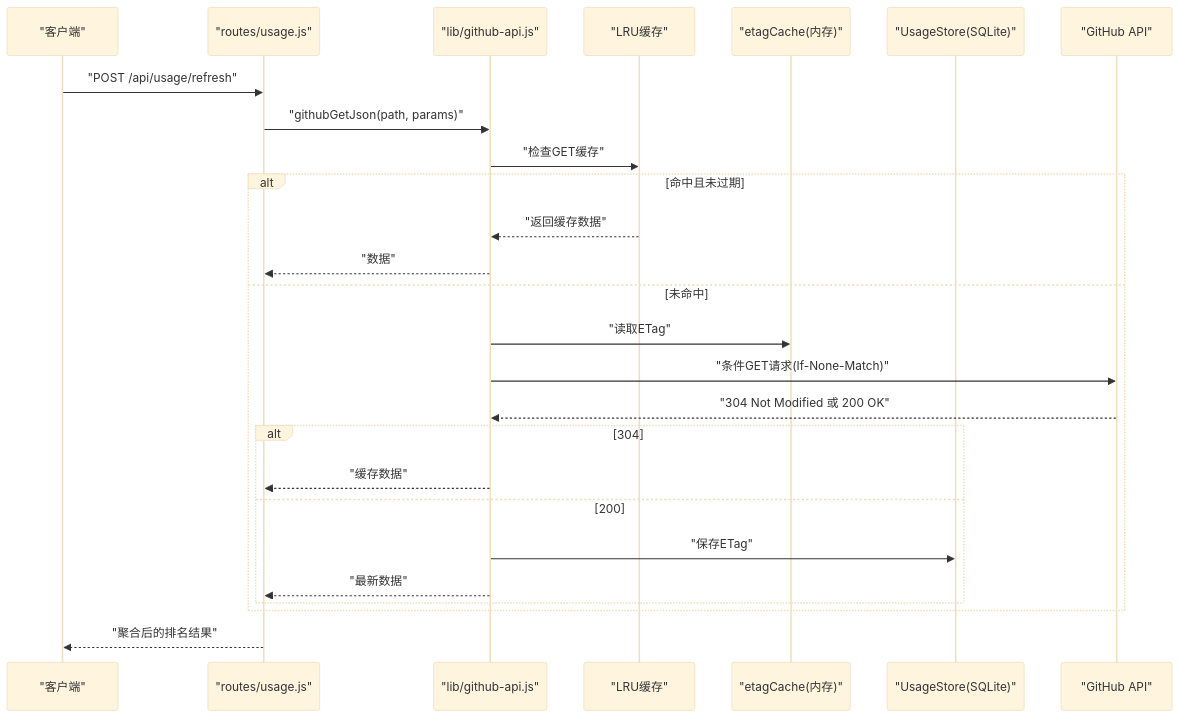
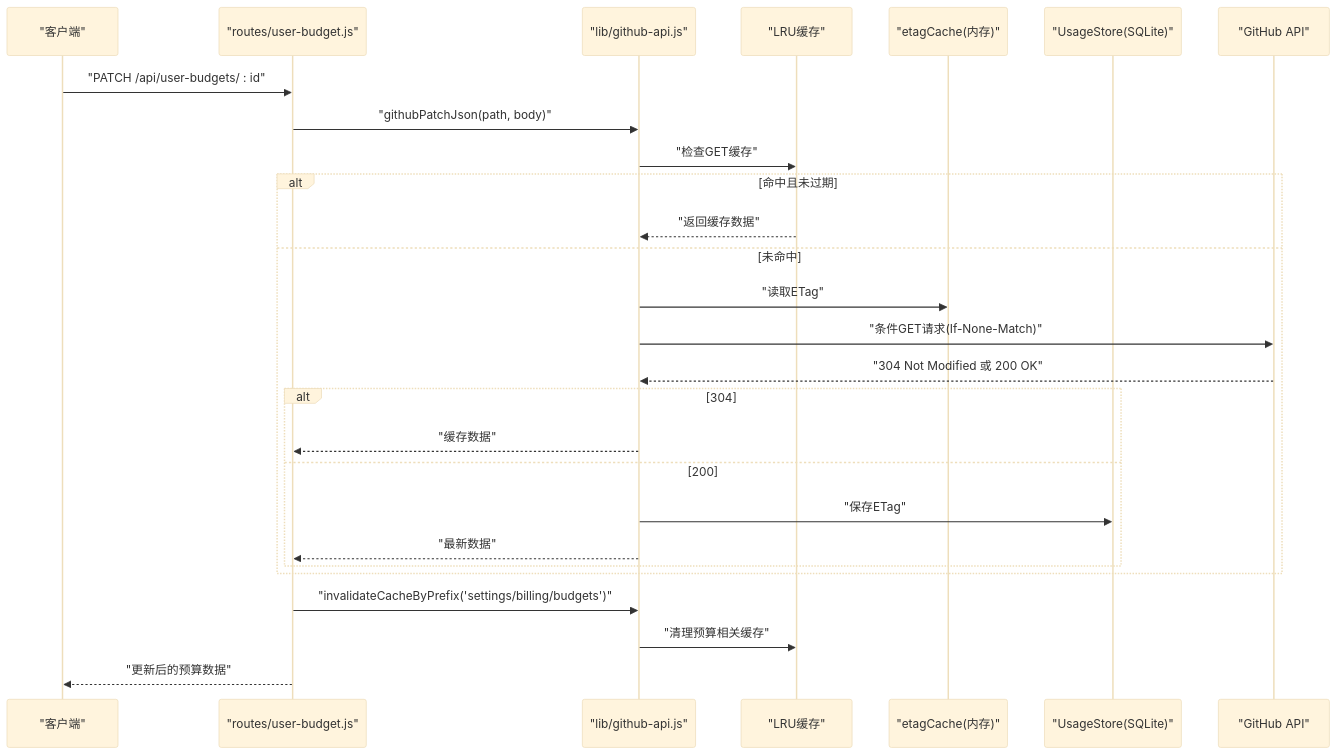
Before and after one commit to kissingwolf/CopilotEnterpriseUsageDisplay: the second of 10 diagrams in .qoder/repowiki/zh/content/核心模块/GitHub API 集成模块.md, drawn with Mermaid (base theme). The commit also changed other lines of this file and 4 other files, not shown here.

First line of the commit message:
docs(wiki): update repowiki content with user budget system and admin auth modules

````diff
--- a/.qoder/repowiki/zh/content/核心模块/GitHub API 集成模块.md
+++ b/.qoder/repowiki/zh/content/核心模块/GitHub API 集成模块.md
@@ -88,28 +91,29 @@
 ```mermaid
 sequenceDiagram
 participant Client as "客户端"
-participant Route as "routes/usage.js"
+participant Route as "routes/user-budget.js"
 participant GH as "lib/github-api.js"
 participant Cache as "LRU缓存"
 participant ETag as "etagCache(内存)"
 participant Store as "UsageStore(SQLite)"
 participant GitHub as "GitHub API"
-Client->>Route : "POST /api/usage/refresh"
-Route->>GH : "githubGetJson(path, params)"
+Client->>Route : "PATCH /api/user-budgets/ : id"
+Route->>GH : "githubPatchJson(path, body)"
 GH->>Cache : "检查GET缓存"
 alt 命中且未过期
 Cache-->>GH : "返回缓存数据"
-GH-->>Route : "数据"
 else 未命中
 GH->>ETag : "读取ETag"
 GH->>GitHub : "条件GET请求(If-None-Match)"
 GitHub-->>GH : "304 Not Modified 或 200 OK"
 alt 304
 GH-->>Route : "缓存数据"
 else 200
 GH->>Store : "保存ETag"
 GH-->>Route : "最新数据"
 end
 end
-Route-->>Client : "聚合后的排名结果"
+Route->>GH : "invalidateCacheByPrefix('settings/billing/budgets')"
+GH->>Cache : "清理预算相关缓存"
+Route-->>Client : "更新后的预算数据"
 ```
````
